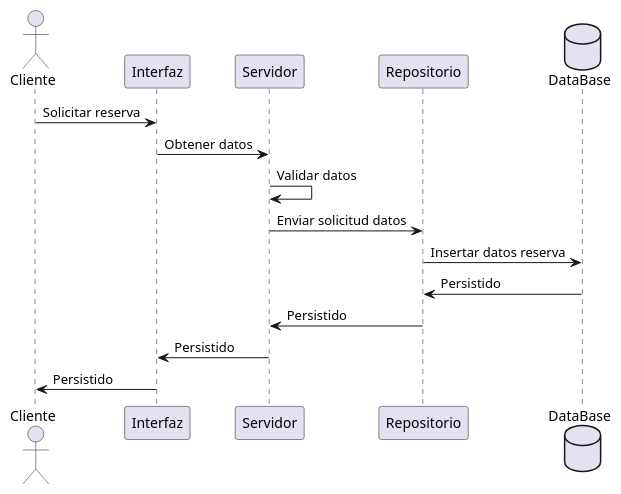
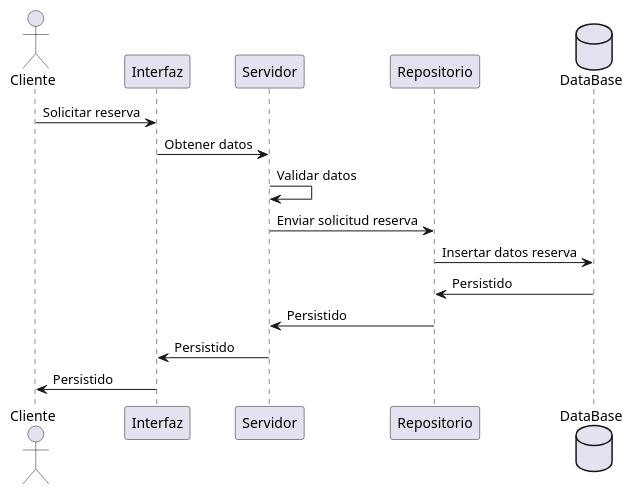
The diagram in doc/diagrama_secuencia.puml (EmilianoMunoz/Eden), drawn with PlantUML before and after one commit. The commit also changed 2 other files, not shown here.

Commit message:
Creacion de diagrama de estados

```diff
--- a/doc/diagrama_secuencia.puml
+++ b/doc/diagrama_secuencia.puml
@@ -1,18 +1,18 @@
 @startuml Diagrama de secuencia
 actor Cliente
 Cliente -> Interfaz : Solicitar reserva
 Interfaz -> Servidor : Obtener datos
 Servidor -> Servidor : Validar datos
-Servidor -> Repositorio : Enviar solicitud datos
+Servidor -> Repositorio : Enviar solicitud reserva
 database DataBase
 Repositorio -> DataBase : Insertar datos reserva
 DataBase -> Repositorio : Persistido
 Repositorio -> Servidor : Persistido
 Servidor -> Interfaz : Persistido
 Interfaz -> Cliente : Persistido
 
 
 
 
 
 @enduml
```
